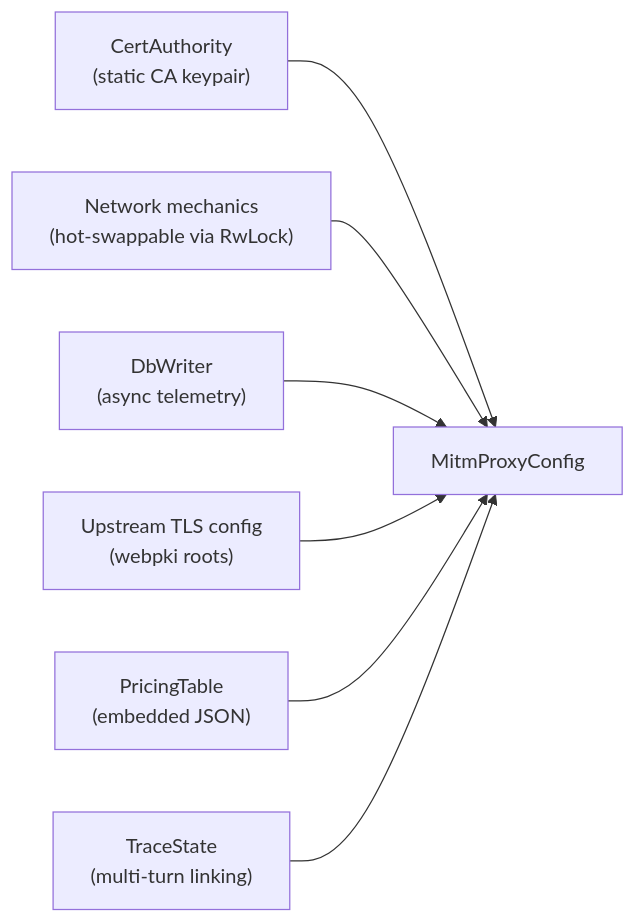
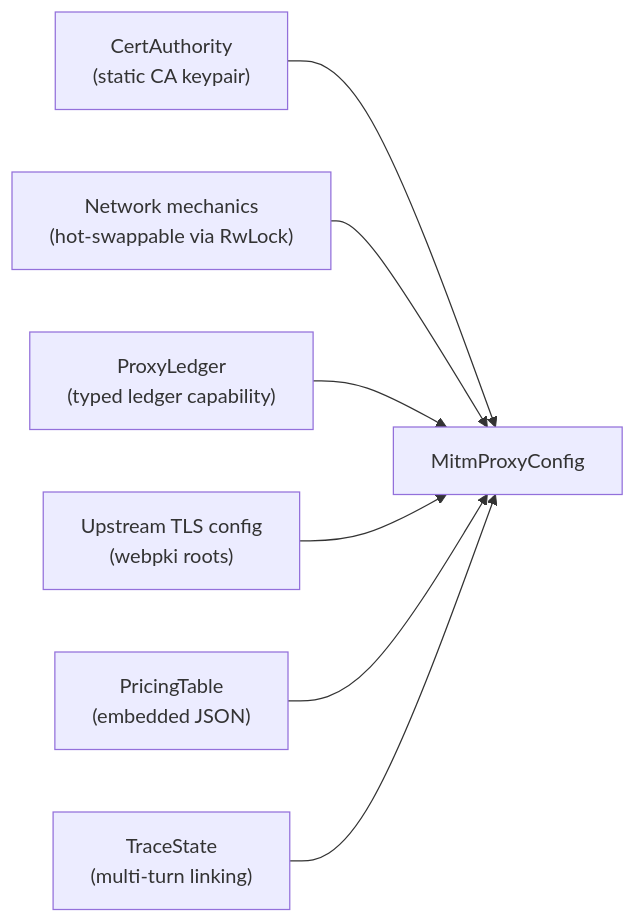
The second of 5 diagrams in web/docs/src/content/docs/architecture/mitm-proxy.md (google/capsem), drawn with Mermaid before and after one commit. The commit also changed other lines of this file and 9 other files, not shown here.

Commit message:
docs(architecture): document confined host workers

````diff
--- a/web/docs/src/content/docs/architecture/mitm-proxy.md
+++ b/web/docs/src/content/docs/architecture/mitm-proxy.md
@@ -39,16 +46,16 @@
 ```mermaid
 graph LR
     CA["CertAuthority<br/>(static CA keypair)"]
     POL["Network mechanics<br/>(hot-swappable via RwLock)"]
-    DB["DbWriter<br/>(async telemetry)"]
+    DB["ProxyLedger<br/>(typed ledger capability)"]
     TLS["Upstream TLS config<br/>(webpki roots)"]
     PRICE["PricingTable<br/>(embedded JSON)"]
     TRACE["TraceState<br/>(multi-turn linking)"]
 
     CA --> CFG["MitmProxyConfig"]
     POL --> CFG
     DB --> CFG
     TLS --> CFG
     PRICE --> CFG
     TRACE --> CFG
 ```
````
